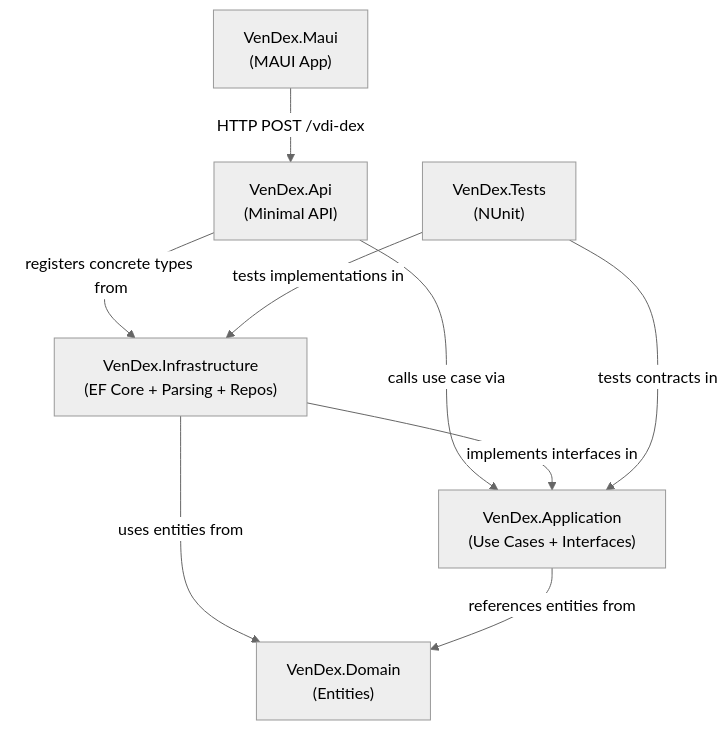
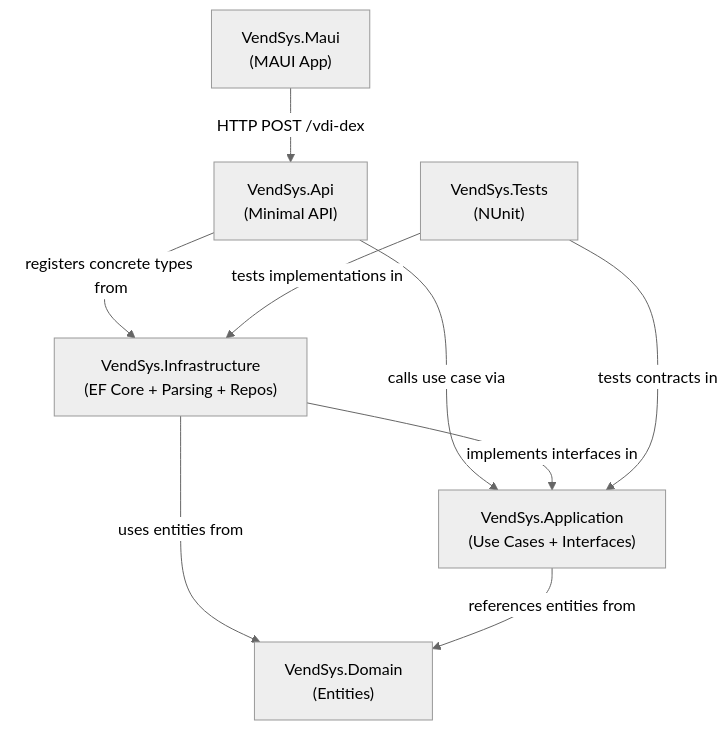
The diagram in Docs/architecture.md (diegorenatob/VenDexChallenge), drawn with Mermaid (neutral theme) before and after one commit. The commit also changed other lines of this file and 30 other files, not shown here.

Commit message:
Rename VenDex to VendSys across codebase, DB and backup

````diff
--- a/Docs/architecture.md
+++ b/Docs/architecture.md
@@ -155,18 +155,18 @@
 ```mermaid
 graph TD
-    MAUI["VenDex.Maui<br/>(MAUI App)"]
-    API["VenDex.Api<br/>(Minimal API)"]
-    APP["VenDex.Application<br/>(Use Cases + Interfaces)"]
-    INF["VenDex.Infrastructure<br/>(EF Core + Parsing + Repos)"]
-    DOM["VenDex.Domain<br/>(Entities)"]
-    TST["VenDex.Tests<br/>(NUnit)"]
+    MAUI["VendSys.Maui<br/>(MAUI App)"]
+    API["VendSys.Api<br/>(Minimal API)"]
+    APP["VendSys.Application<br/>(Use Cases + Interfaces)"]
+    INF["VendSys.Infrastructure<br/>(EF Core + Parsing + Repos)"]
+    DOM["VendSys.Domain<br/>(Entities)"]
+    TST["VendSys.Tests<br/>(NUnit)"]
 
     MAUI -->|"HTTP POST /vdi-dex"| API
     API -->|"calls use case via"| APP
     API -->|"registers concrete types from"| INF
     INF -->|"implements interfaces in"| APP
     INF -->|"uses entities from"| DOM
     APP -->|"references entities from"| DOM
     TST -->|"tests contracts in"| APP
     TST -->|"tests implementations in"| INF
 ```
````
